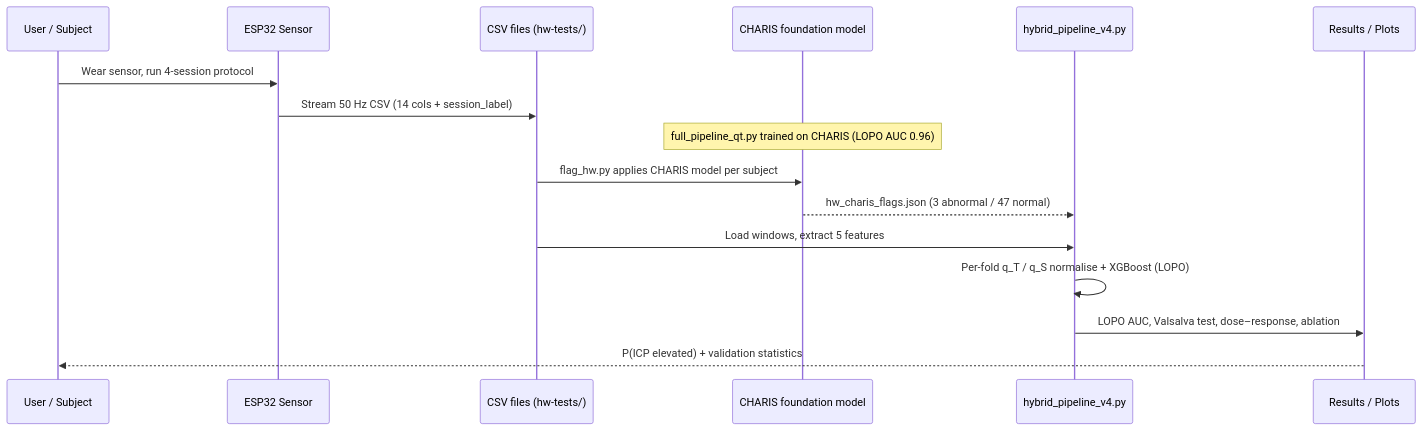
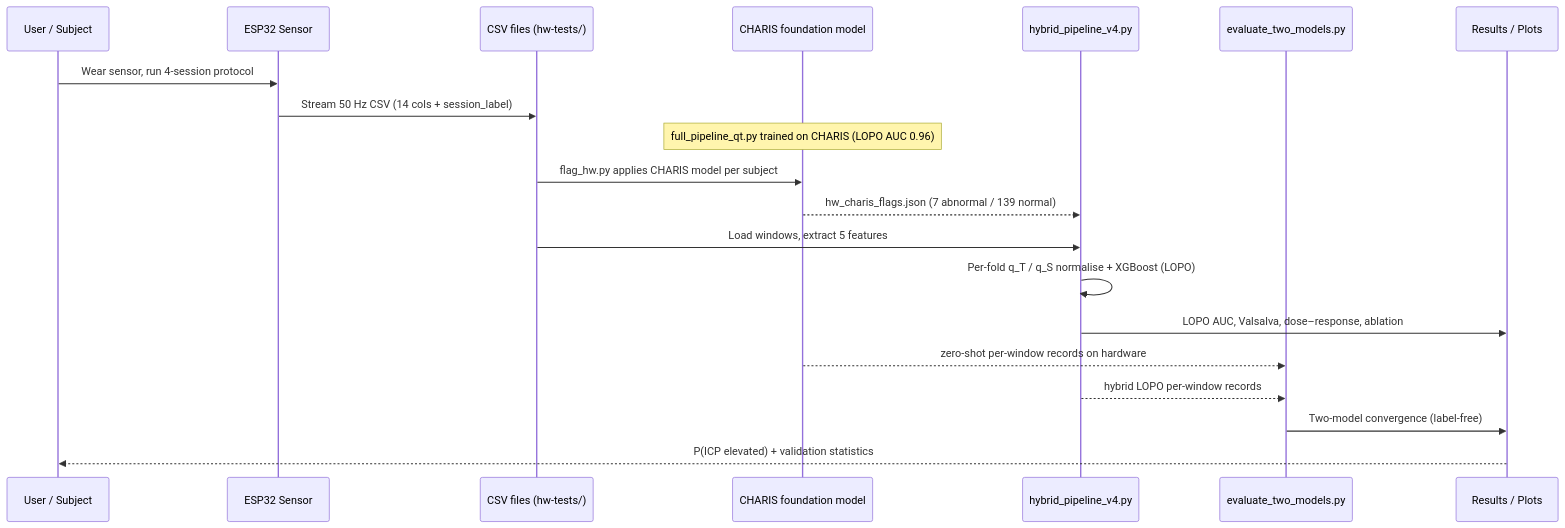
Before and after one commit to eshaansingla/Pran: the third of 9 diagrams in README.md, drawn with Mermaid. The commit also changed other lines of this file and 21 other files, not shown here.

````diff
--- a/README.md
+++ b/README.md
@@ -241,19 +251,23 @@
 ```mermaid
 sequenceDiagram
     participant U as User / Subject
     participant HW as ESP32 Sensor
     participant FS as CSV files (hw-tests/)
     participant FM as CHARIS foundation model
     participant HY as hybrid_pipeline_v4.py
+    participant EV as evaluate_two_models.py
     participant R as Results / Plots
 
     U->>HW: Wear sensor, run 4-session protocol
     HW->>FS: Stream 50 Hz CSV (14 cols + session_label)
     Note over FM: full_pipeline_qt.py trained on CHARIS (LOPO AUC 0.96)
     FS->>FM: flag_hw.py applies CHARIS model per subject
-    FM-->>HY: hw_charis_flags.json (3 abnormal / 47 normal)
+    FM-->>HY: hw_charis_flags.json (7 abnormal / 139 normal)
     FS->>HY: Load windows, extract 5 features
     HY->>HY: Per-fold q_T / q_S normalise + XGBoost (LOPO)
-    HY->>R: LOPO AUC, Valsalva test, dose–response, ablation
+    HY->>R: LOPO AUC, Valsalva, dose–response, ablation
+    FM-->>EV: zero-shot per-window records on hardware
+    HY-->>EV: hybrid LOPO per-window records
+    EV->>R: Two-model convergence (label-free)
     R-->>U: P(ICP elevated) + validation statistics
 ```
````
